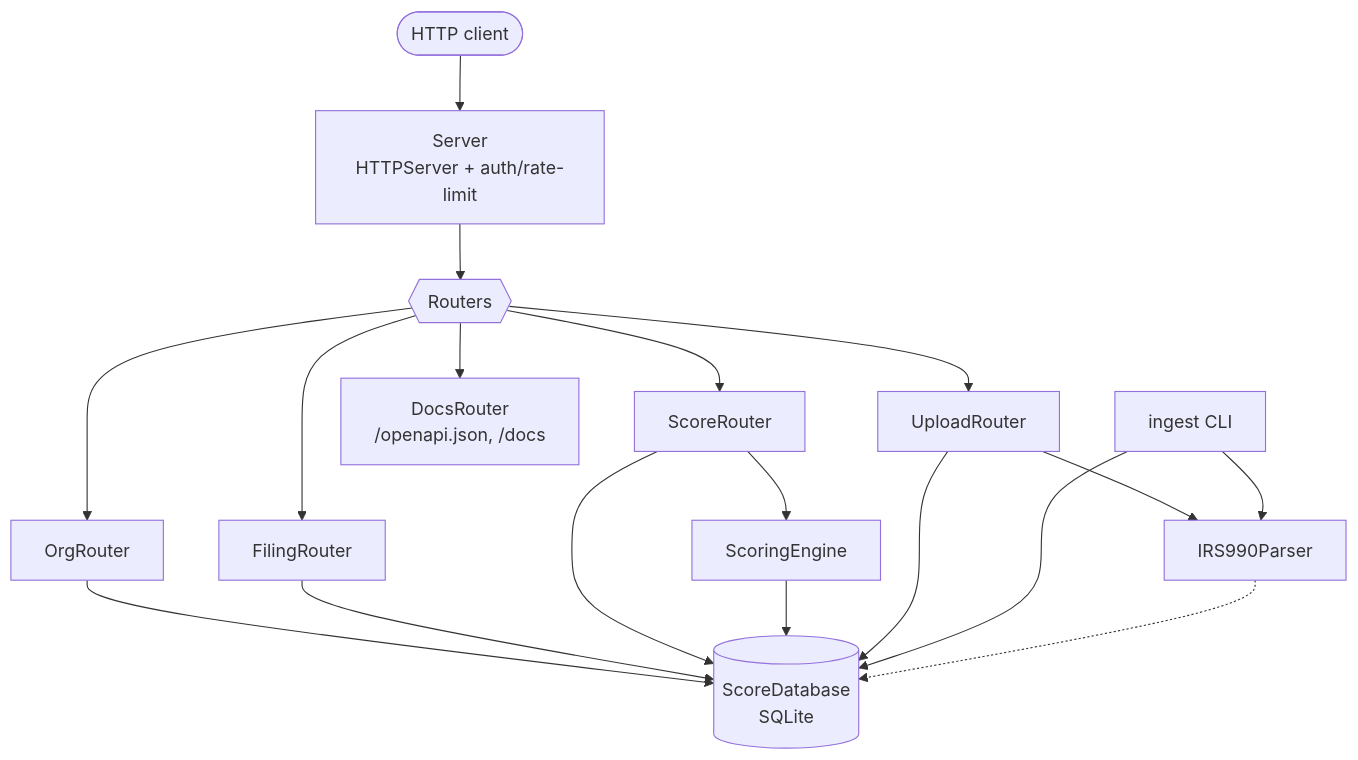
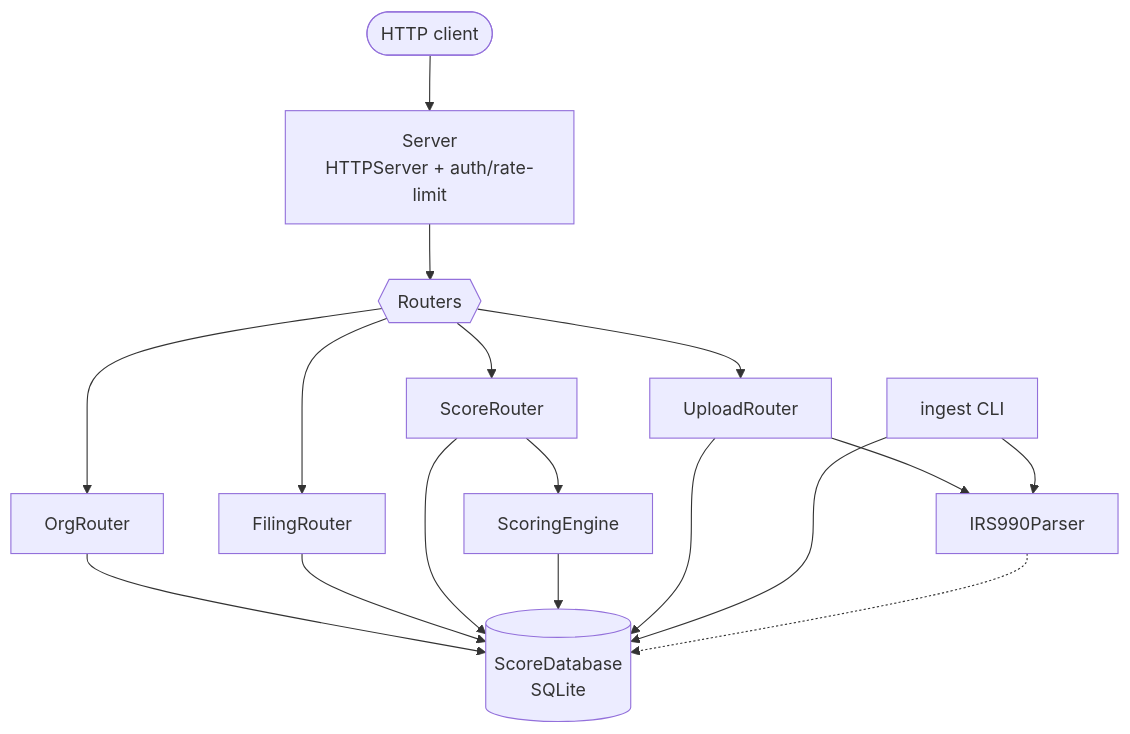
The first of 3 diagrams in docs/development/architecture.md (CalamooseLabs/OpenReturn), drawn with Mermaid before and after one commit. The commit also changed other lines of this file and 11 other files, not shown here.

````diff
--- a/docs/development/architecture.md
+++ b/docs/development/architecture.md
@@ -29,20 +29,19 @@
 ```mermaid
 graph TD
   client([HTTP client]) --> server[Server<br/>HTTPServer + auth/rate-limit]
   server --> routers{{Routers}}
   routers --> org[OrgRouter]
   routers --> filing[FilingRouter]
   routers --> score[ScoreRouter]
   routers --> upload[UploadRouter]
-  routers --> docs[DocsRouter<br/>/openapi.json, /docs]
   score --> engine[ScoringEngine]
   upload --> parser[IRS990Parser]
   org --> db[(ScoreDatabase<br/>SQLite)]
   filing --> db
   score --> db
   engine --> db
   upload --> db
   ingestcli[ingest CLI] --> parser
   ingestcli --> db
   parser -.-> db
 ```
````
